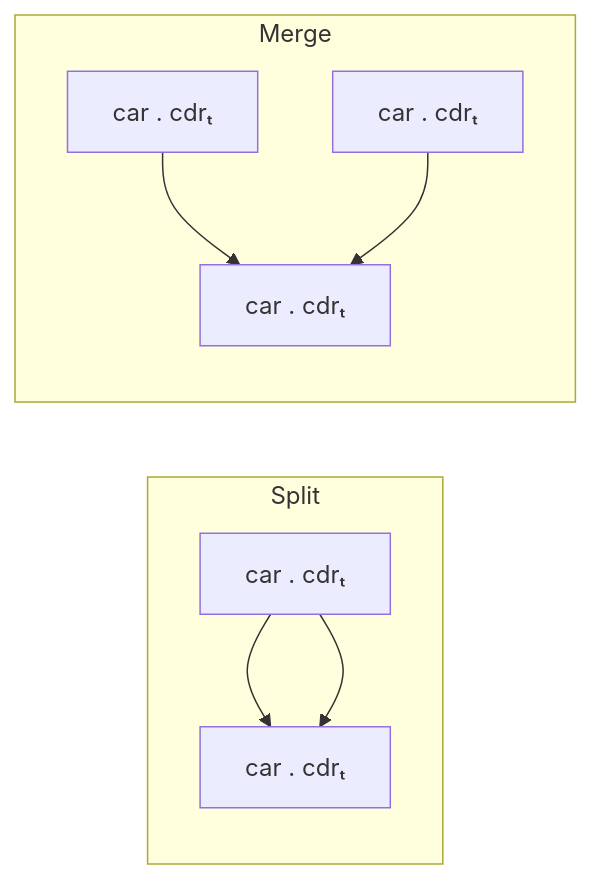
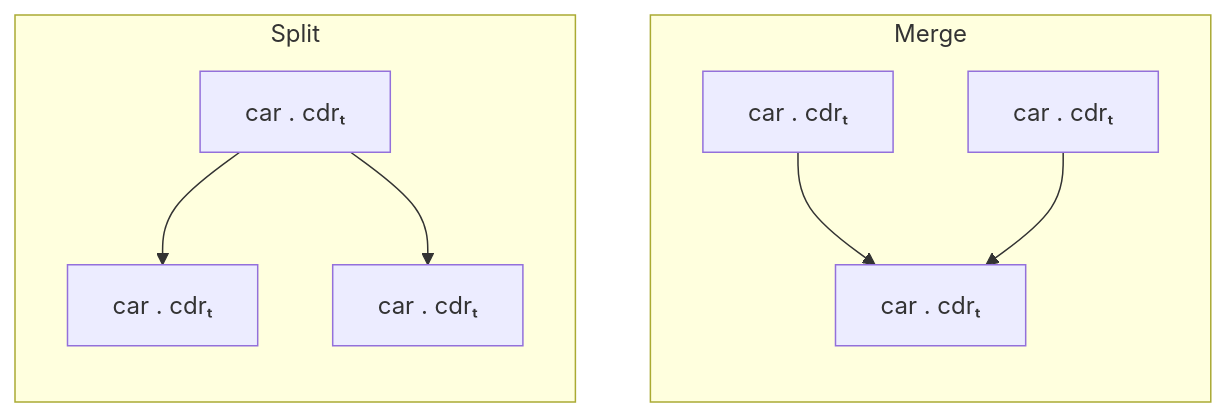
Before and after one commit to raviqqe/doc: the diagram in slides/papers/stak-scheme/encode-branch.mmd, drawn with Mermaid.

```diff
--- a/slides/papers/stak-scheme/encode-branch.mmd
+++ b/slides/papers/stak-scheme/encode-branch.mmd
@@ -1,14 +1,16 @@
 flowchart LR
-  subgraph Split
+  subgraph s0[Split]
     direction TB
 
     c0[car . cdrₜ] --> c1[car . cdrₜ]
-    c0 --> c1[car . cdrₜ]
+    c0 --> c2[car . cdrₜ]
   end
 
-  subgraph Merge
+  s0 ~~~ s1
+
+  subgraph s1[Merge]
     direction TB
 
     c3[car . cdrₜ] --> c5[car . cdrₜ]
     c4[car . cdrₜ] --> c5
   end
```
